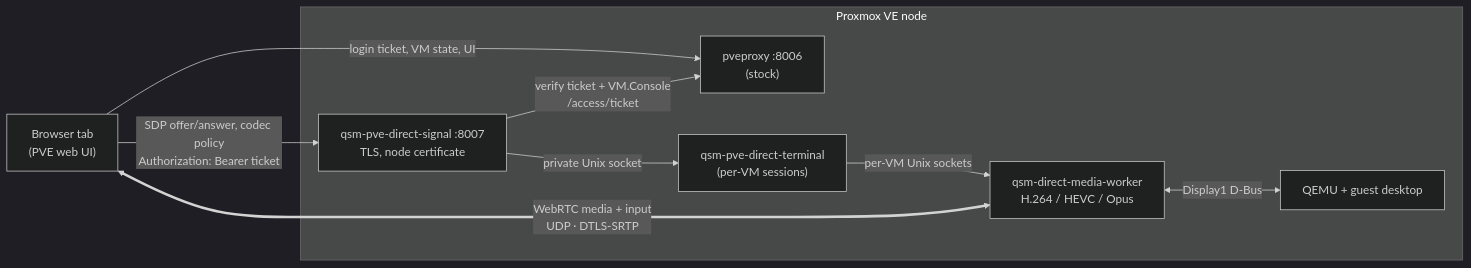
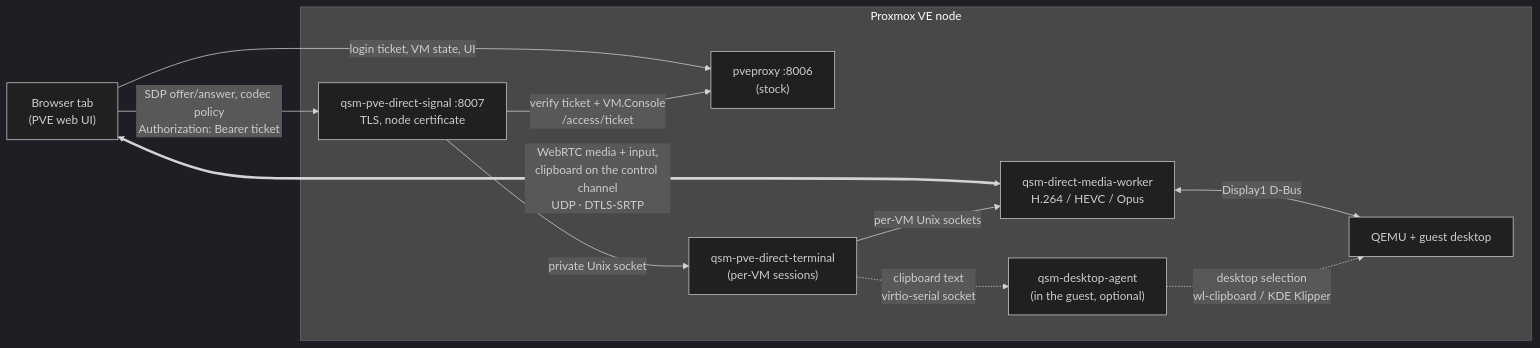
The diagram in qsm-direct/README.md (rdmitry0911/qsm-rd), drawn with Mermaid (dark theme) before and after one commit. The commit also changed other lines of this file, not shown here.

First line of the commit message:
docs: document the clipboard mechanism in the README diagram and prose

````diff
--- a/qsm-direct/README.md
+++ b/qsm-direct/README.md
@@ -10,18 +10,21 @@
 ```mermaid
 flowchart LR
     browser["Browser tab<br/>(PVE web UI)"]
     subgraph node["Proxmox VE node"]
         pveproxy["pveproxy :8006<br/>(stock)"]
         signal["qsm-pve-direct-signal :8007<br/>TLS, node certificate"]
         terminal["qsm-pve-direct-terminal<br/>(per-VM sessions)"]
         worker["qsm-direct-media-worker<br/>H.264 / HEVC / Opus"]
         qemu["QEMU + guest desktop"]
+        agent["qsm-desktop-agent<br/>(in the guest, optional)"]
     end
     browser -->|"login ticket, VM state, UI"| pveproxy
     browser -->|"SDP offer/answer, codec policy<br/>Authorization: Bearer ticket"| signal
-    browser <==>|"WebRTC media + input<br/>UDP · DTLS-SRTP"| worker
+    browser <==>|"WebRTC media + input,<br/>clipboard on the control channel<br/>UDP · DTLS-SRTP"| worker
     signal -->|"verify ticket + VM.Console<br/>/access/ticket"| pveproxy
     signal -->|"private Unix socket"| terminal
     terminal -->|"per-VM Unix sockets"| worker
     worker <-->|"Display1 D-Bus"| qemu
+    terminal -.->|"clipboard text<br/>virtio-serial socket"| agent
+    agent -.->|"desktop selection<br/>wl-clipboard / KDE Klipper"| qemu
 ```
````
